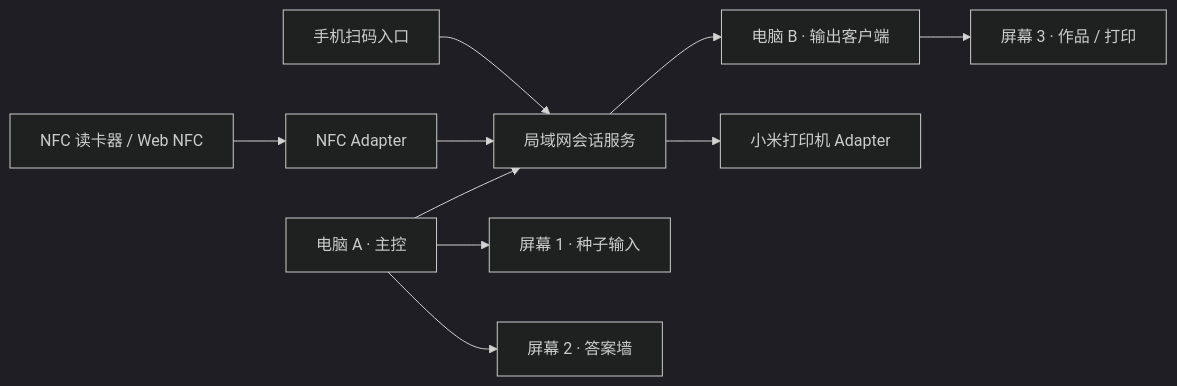
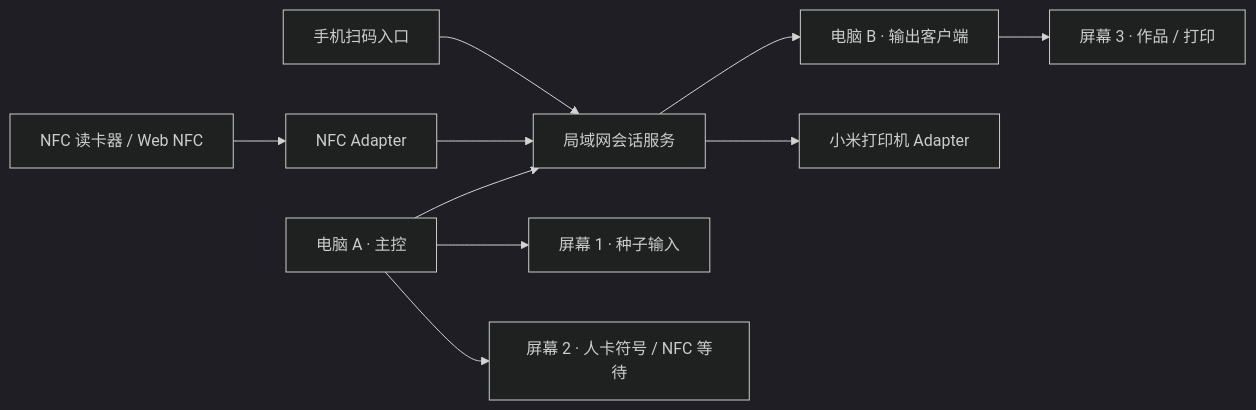
The fourth of 4 diagrams in ARCHITECTURE-AND-FLOW.md (joeyhu1108-maker/between-symbol-first-design-system), drawn with Mermaid (dark theme) before and after one commit. The commit also changed other lines of this file and 21 other files, not shown here.

Commit message:
Restore physical card handoff and symbol-only next participant flow

````diff
--- a/ARCHITECTURE-AND-FLOW.md
+++ b/ARCHITECTURE-AND-FLOW.md
@@ -64,12 +69,12 @@
 ```mermaid
 flowchart LR
   PHONE[手机扫码入口] --> LAN[局域网会话服务]
   NFCDEV[NFC 读卡器 / Web NFC] --> ADAPTER[NFC Adapter]
   ADAPTER --> LAN
   PC1[电脑 A · 主控] --> LAN
   PC1 --> D1[屏幕 1 · 种子输入]
-  PC1 --> D2[屏幕 2 · 答案墙]
+  PC1 --> D2[屏幕 2 · 人卡符号 / NFC 等待]
   LAN --> PC2[电脑 B · 输出客户端]
   PC2 --> D3[屏幕 3 · 作品 / 打印]
   LAN --> PRINTER[小米打印机 Adapter]
 ```
````
